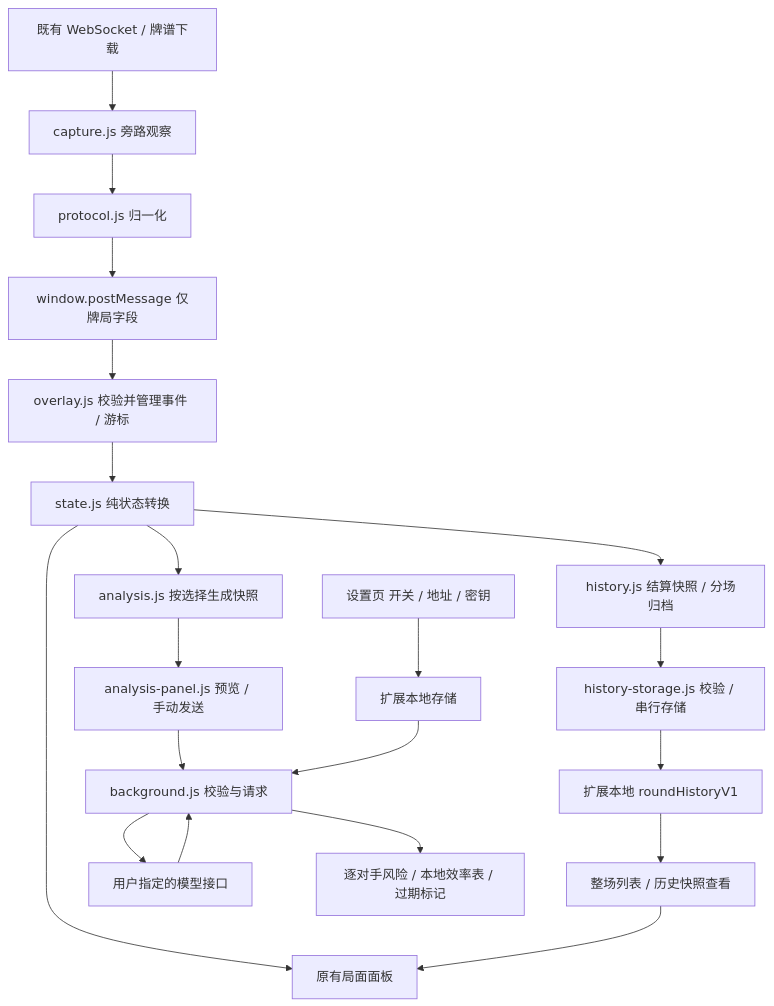
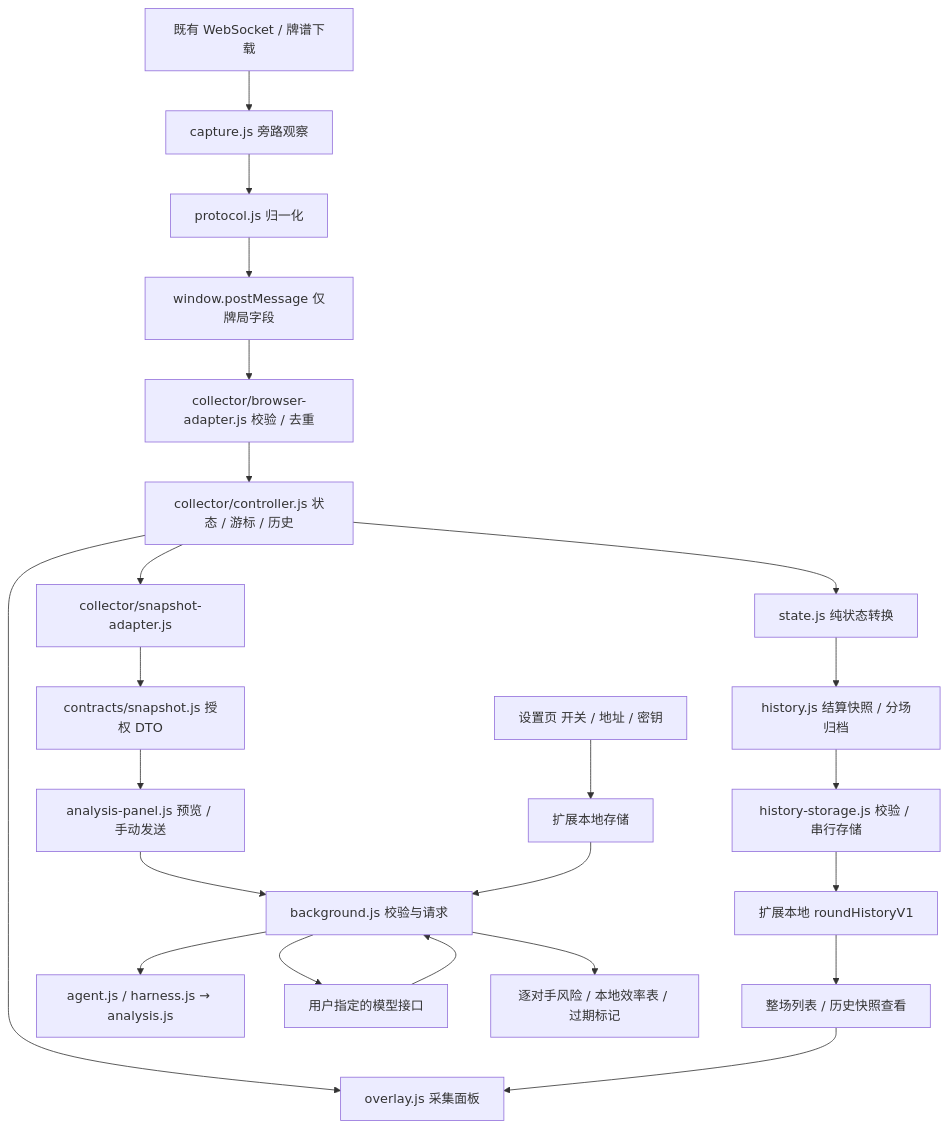
One commit to 1342446/majsoul-agent changed the diagram in ARCHITECTURE.md. Above: the diagram before and after it, drawn with Mermaid. The commit also changed other lines of this file and 38 other files, not shown here.

Commit message:
Decouple collector, snapshot contracts and Agent composition

````diff
--- a/ARCHITECTURE.md
+++ b/ARCHITECTURE.md
@@ -35,22 +43,25 @@
 ```mermaid
 flowchart TD
   Game[既有 WebSocket / 牌谱下载] --> Capture[capture.js 旁路观察]
   Capture --> Protocol[protocol.js 归一化]
   Protocol --> Bridge[window.postMessage 仅牌局字段]
-  Bridge --> Overlay[overlay.js 校验并管理事件 / 游标]
-  Overlay --> State[state.js 纯状态转换]
-  State --> UI[原有局面面板]
+  Bridge --> Browser[collector/browser-adapter.js 校验 / 去重]
+  Browser --> Controller[collector/controller.js 状态 / 游标 / 历史]
+  Controller --> State[state.js 纯状态转换]
+  Controller --> UI[overlay.js 采集面板]
   State --> History[history.js 结算快照 / 分场归档]
   History --> HistoryWorker[history-storage.js 校验 / 串行存储]
   HistoryWorker --> HistoryStorage[扩展本地 roundHistoryV1]
   HistoryStorage --> HistoryUI[整场列表 / 历史快照查看]
   HistoryUI --> UI
-  State --> Analysis[analysis.js 按选择生成快照]
-  Analysis --> Panel[analysis-panel.js 预览 / 手动发送]
+  Controller --> Adapter[collector/snapshot-adapter.js]
+  Adapter --> Contract[contracts/snapshot.js 授权 DTO]
+  Contract --> Panel[analysis-panel.js 预览 / 手动发送]
   Options[设置页 开关 / 地址 / 密钥] --> Storage[扩展本地存储]
   Panel --> Worker[background.js 校验与请求]
   Storage --> Worker
+  Worker --> Agent[agent.js / harness.js → analysis.js]
   Worker --> Provider[用户指定的模型接口]
   Provider --> Worker
   Worker --> Result[逐对手风险 / 本地效率表 / 过期标记]
 ```
````
